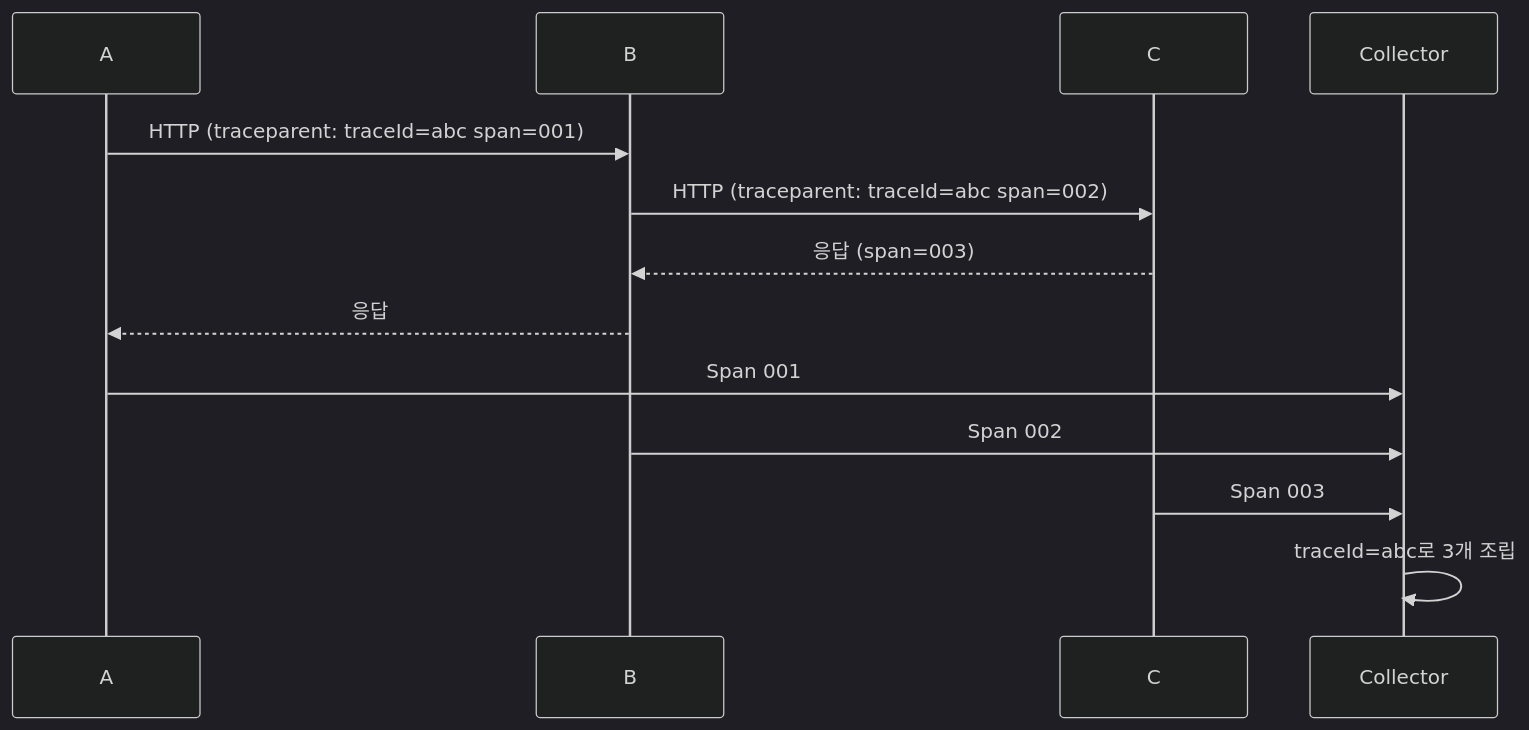
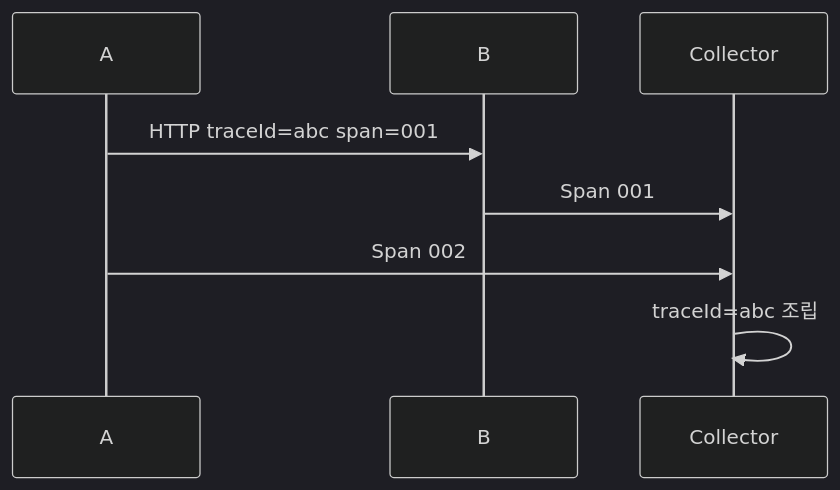
One commit to yjkim2015/yjkim2015.github.io changed the second of 7 diagrams in _posts/monitoring/2026-05-03-distributed-tracing.md. Above: the diagram before and after it, drawn with Mermaid (dark theme). The commit also changed 155 other files, not shown here.

First line of the commit message:
Mermaid 전면 수정: subgraph 제거, participant/노드/줄수 축소 (342블록)

````diff
--- a/_posts/monitoring/2026-05-03-distributed-tracing.md
+++ b/_posts/monitoring/2026-05-03-distributed-tracing.md
@@ -89,15 +89,10 @@
 ```mermaid
 sequenceDiagram
     participant A as A
     participant B as B
-    participant C as C
     participant COL as Collector
-    A->>B: HTTP (traceparent: traceId=abc span=001)
-    B->>C: HTTP (traceparent: traceId=abc span=002)
-    C-->>B: 응답 (span=003)
-    B-->>A: 응답
-    A->>COL: Span 001
-    B->>COL: Span 002
-    C->>COL: Span 003
-    COL->>COL: traceId=abc로 3개 조립
+    A->>B: HTTP traceId=abc span=001
+    B->>COL: Span 001
+    A->>COL: Span 002
+    COL->>COL: traceId=abc 조립
 ```
````
